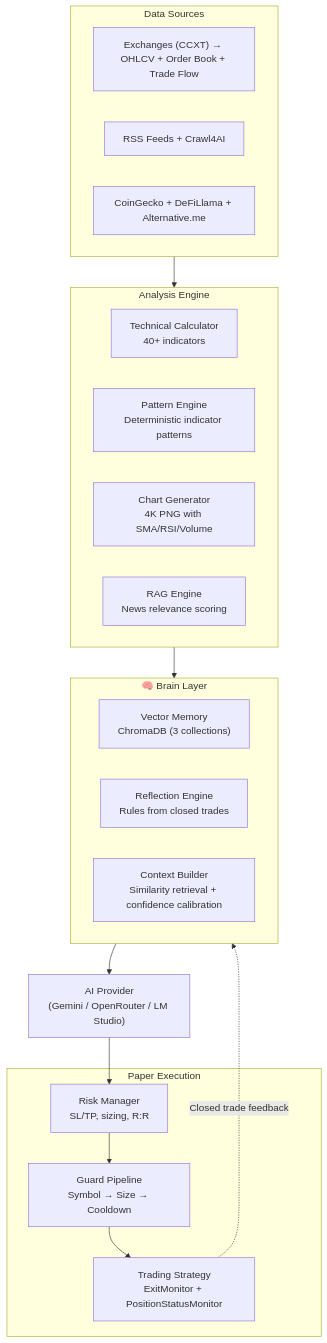
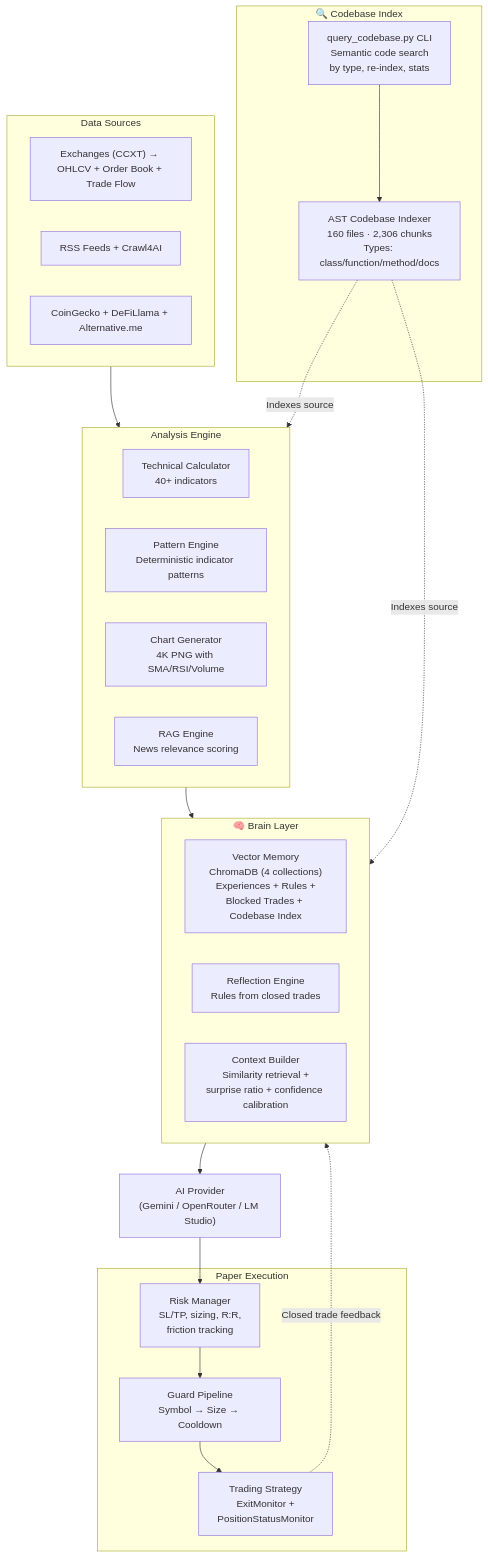
Before and after one commit to qrak/LLM_trader: the diagram in README.md, drawn with Mermaid. The commit also changed other lines of this file, not shown here.

Commit message:
feat: add AST-based codebase vector search, agent journal rotation, and expanded memory/testing documentation to README

````diff
--- a/README.md
+++ b/README.md
@@ -79,29 +114,36 @@
 ```mermaid
 flowchart TB
     subgraph Data["Data Sources"]
         EX["Exchanges (CCXT) → OHLCV + Order Book + Trade Flow"]
         NEWS["RSS Feeds + Crawl4AI"]
         FUND["CoinGecko + DeFiLlama + Alternative.me"]
     end
     subgraph Analysis["Analysis Engine"]
         TC["Technical Calculator<br/>40+ indicators"]
         PE["Pattern Engine<br/>Deterministic indicator patterns"]
         CG["Chart Generator<br/>4K PNG with SMA/RSI/Volume"]
         RAG["RAG Engine<br/>News relevance scoring"]
     end
     subgraph Brain["🧠 Brain Layer"]
-        VM["Vector Memory<br/>ChromaDB (3 collections)"]
+        VM["Vector Memory<br/>ChromaDB (4 collections)<br/>Experiences + Rules +<br/>Blocked Trades + Codebase Index"]
         REFL["Reflection Engine<br/>Rules from closed trades"]
-        CTX["Context Builder<br/>Similarity retrieval + confidence calibration"]
+        CTX["Context Builder<br/>Similarity retrieval +<br/>surprise ratio + confidence calibration"]
+    end
+    subgraph Search["🔍 Codebase Index"]
+        CVI["AST Codebase Indexer<br/>160 files · 2,306 chunks<br/>Types: class/function/method/docs"]
+        QUERY["query_codebase.py CLI<br/>Semantic code search<br/>by type, re-index, stats"]
     end
     subgraph Execution["Paper Execution"]
-        RP["Risk Manager<br/>SL/TP, sizing, R:R"]
+        RP["Risk Manager<br/>SL/TP, sizing, R:R,<br/>friction tracking"]
         GP["Guard Pipeline<br/>Symbol → Size → Cooldown"]
-        STRAT["Trading Strategy<br/>ExitMonitor + PositionStatusMonitor"]
+        STRAT["Trading Strategy<br/>ExitMonitor +<br/>PositionStatusMonitor"]
     end
     Data --> Analysis
     Analysis --> Brain
     Brain --> AI["AI Provider<br/>(Gemini / OpenRouter / LM Studio)"]
     AI --> RP --> GP --> STRAT
     STRAT -.->|Closed trade feedback| Brain
+    CVI -.->|Indexes source| Analysis
+    CVI -.->|Indexes source| Brain
+    QUERY --> CVI
 ```
````
